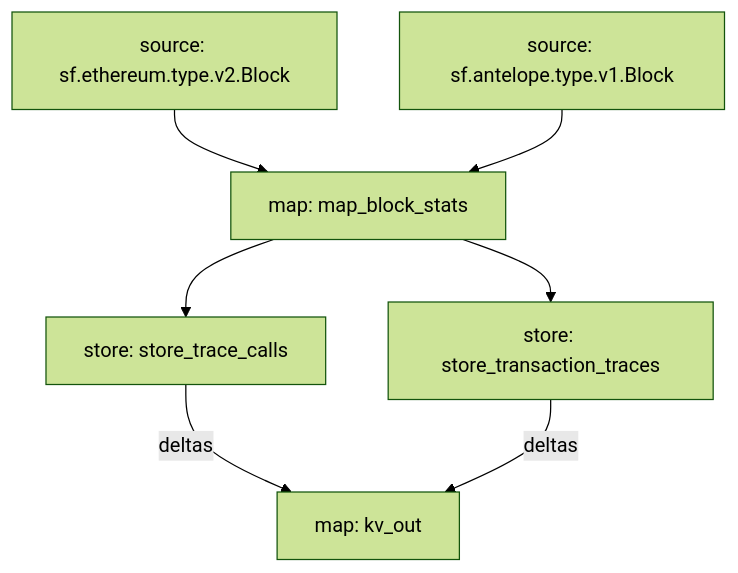
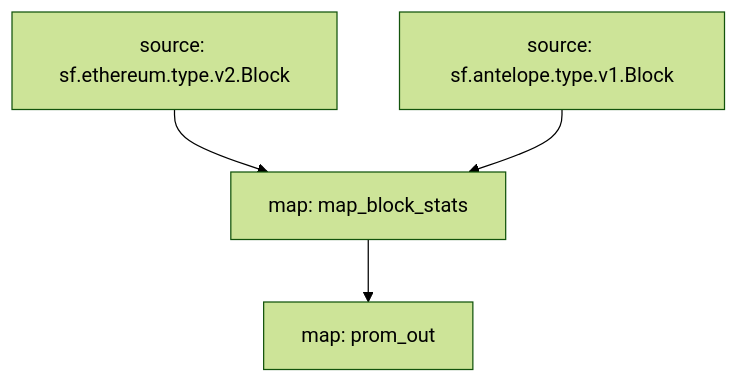
Before and after one commit to pinax-network/subtivity-substreams: the diagram in README.md, drawn with Mermaid (forest theme). The commit also changed other lines of this file and 1 other file, not shown here.

````diff
--- a/README.md
+++ b/README.md
@@ -28,13 +30,8 @@
 ```mermaid
 graph TD;
   map_block_stats[map: map_block_stats]
   sf.ethereum.type.v2.Block[source: sf.ethereum.type.v2.Block] --> map_block_stats
   sf.antelope.type.v1.Block[source: sf.antelope.type.v1.Block] --> map_block_stats
-  store_transaction_traces[store: store_transaction_traces]
-  map_block_stats --> store_transaction_traces
-  store_trace_calls[store: store_trace_calls]
-  map_block_stats --> store_trace_calls
-  kv_out[map: kv_out]
-  store_trace_calls -- deltas --> kv_out
-  store_transaction_traces -- deltas --> kv_out
+  prom_out[map: prom_out]
+  map_block_stats --> prom_out
 ```
````
